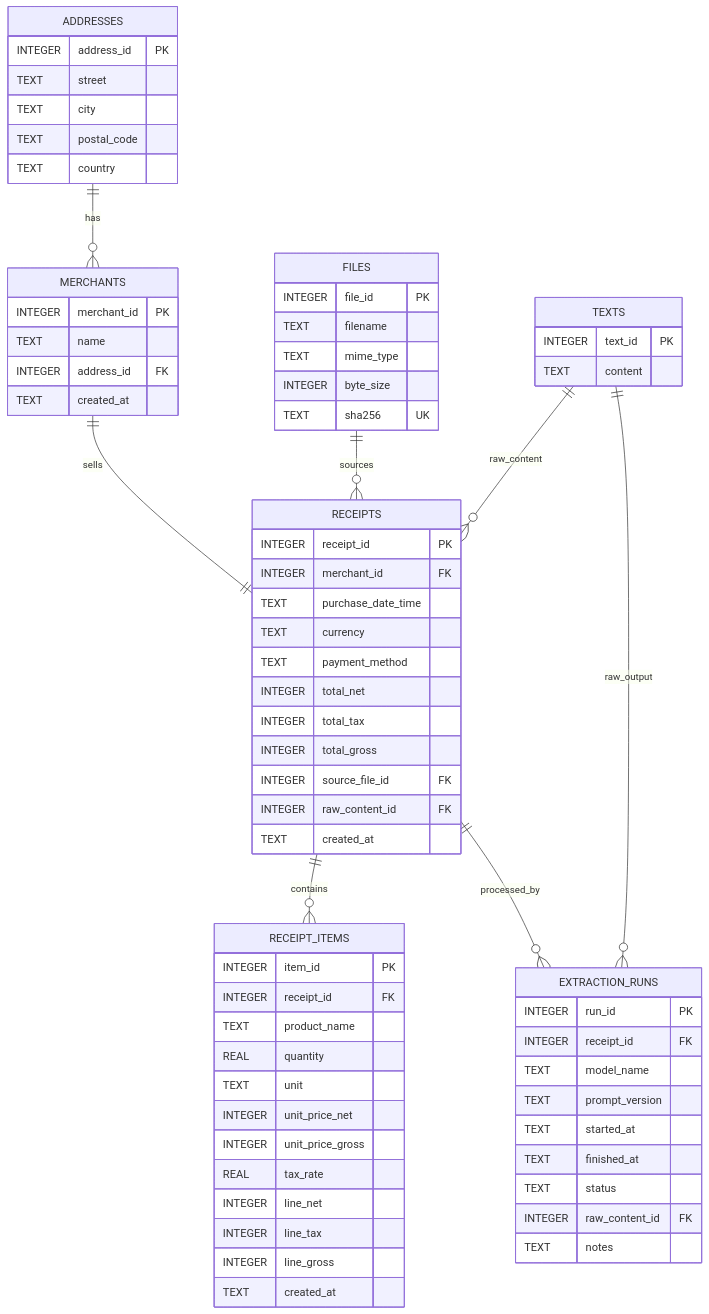
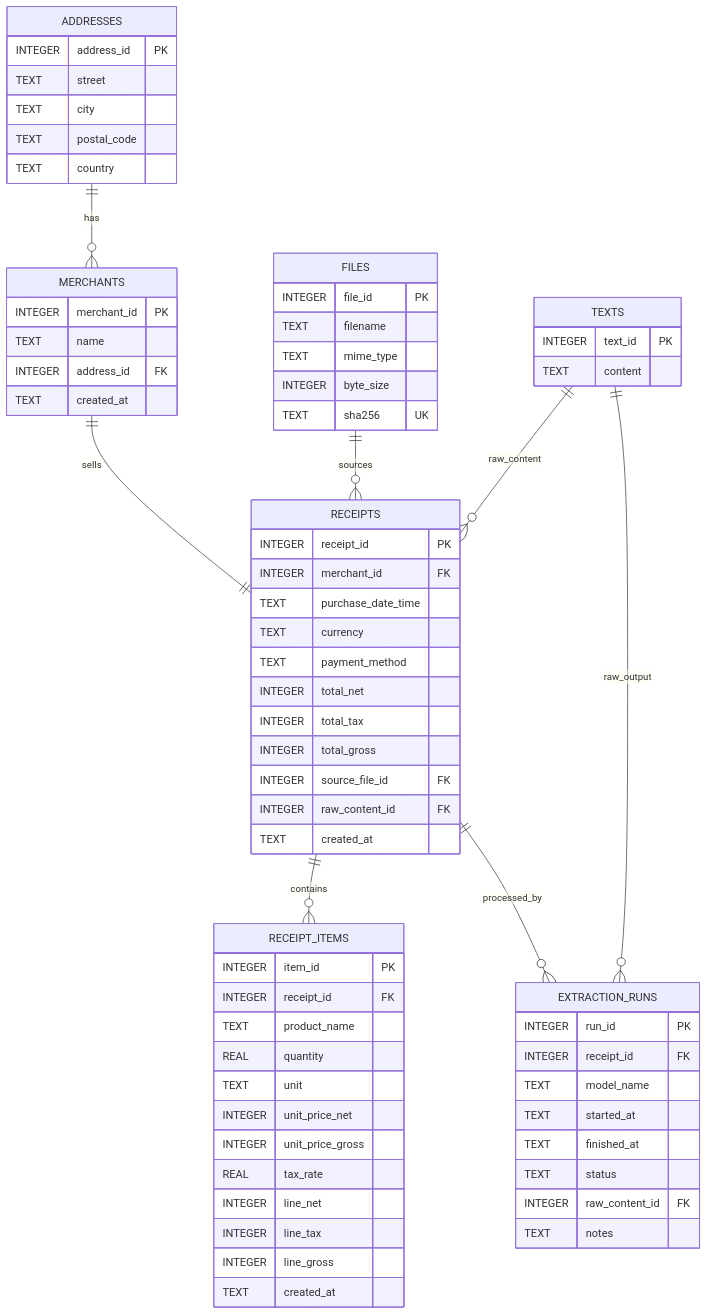
One commit to Nicolas2912/paperless-receipt-automation changed the diagram in product-database-plan.md. Above: the diagram before and after it, drawn with Mermaid. The commit also changed other lines of this file and 10 other files, not shown here.

First line of the commit message:
feat(productdb): support pdf extraction flow

````diff
--- a/product-database-plan.md
+++ b/product-database-plan.md
@@ -114,80 +113,79 @@
 ```mermaid
 erDiagram
     ADDRESSES {
         INTEGER address_id PK
         TEXT street
         TEXT city
         TEXT postal_code
         TEXT country
     }
     
     MERCHANTS {
         INTEGER merchant_id PK
         TEXT name
         INTEGER address_id FK
         TEXT created_at
     }
     
     FILES {
         INTEGER file_id PK
         TEXT filename
         TEXT mime_type
         INTEGER byte_size
         TEXT sha256 UK
     }
     
     TEXTS {
         INTEGER text_id PK
         TEXT content
     }
     
     RECEIPTS {
         INTEGER receipt_id PK
         INTEGER merchant_id FK
         TEXT purchase_date_time
         TEXT currency
         TEXT payment_method
         INTEGER total_net
         INTEGER total_tax
         INTEGER total_gross
         INTEGER source_file_id FK
         INTEGER raw_content_id FK
         TEXT created_at
     }
     
     RECEIPT_ITEMS {
         INTEGER item_id PK
         INTEGER receipt_id FK
         TEXT product_name
         REAL quantity
         TEXT unit
         INTEGER unit_price_net
         INTEGER unit_price_gross
         REAL tax_rate
         INTEGER line_net
         INTEGER line_tax
         INTEGER line_gross
         TEXT created_at
     }
     
     EXTRACTION_RUNS {
         INTEGER run_id PK
         INTEGER receipt_id FK
         TEXT model_name
-        TEXT prompt_version
         TEXT started_at
         TEXT finished_at
         TEXT status
         INTEGER raw_content_id FK
         TEXT notes
     }
 
     %% Relationships
     ADDRESSES ||--o{ MERCHANTS : "has"
     MERCHANTS ||--|| RECEIPTS : "sells"
     RECEIPTS ||--o{ RECEIPT_ITEMS : "contains"
     RECEIPTS ||--o{ EXTRACTION_RUNS : "processed_by"
     FILES ||--o{ RECEIPTS : "sources"
     TEXTS ||--o{ RECEIPTS : "raw_content"
     TEXTS ||--o{ EXTRACTION_RUNS : "raw_output"
 ```
````
